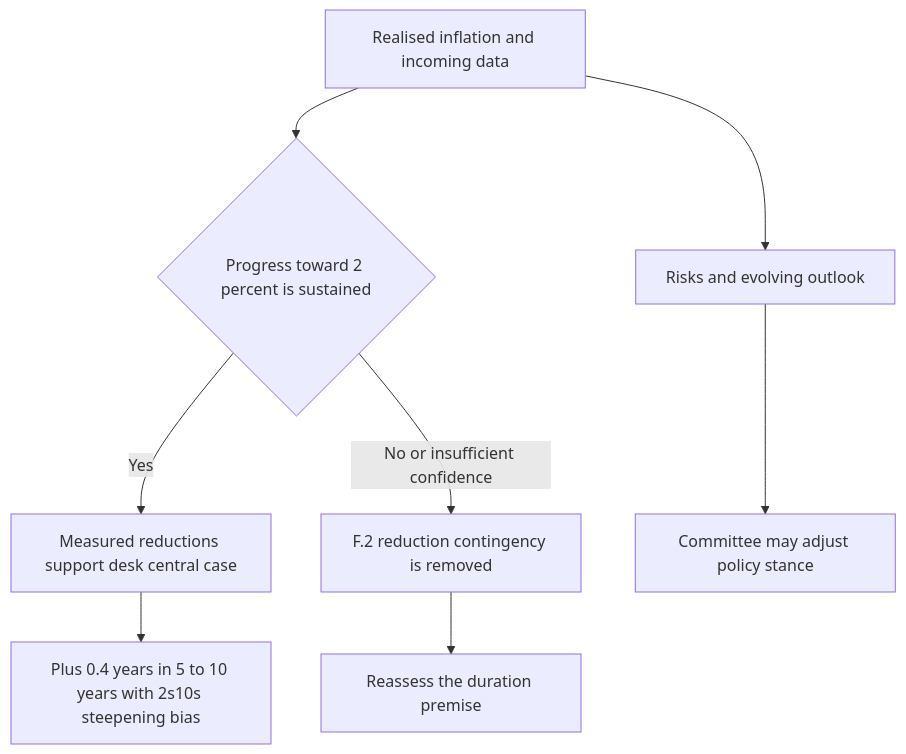
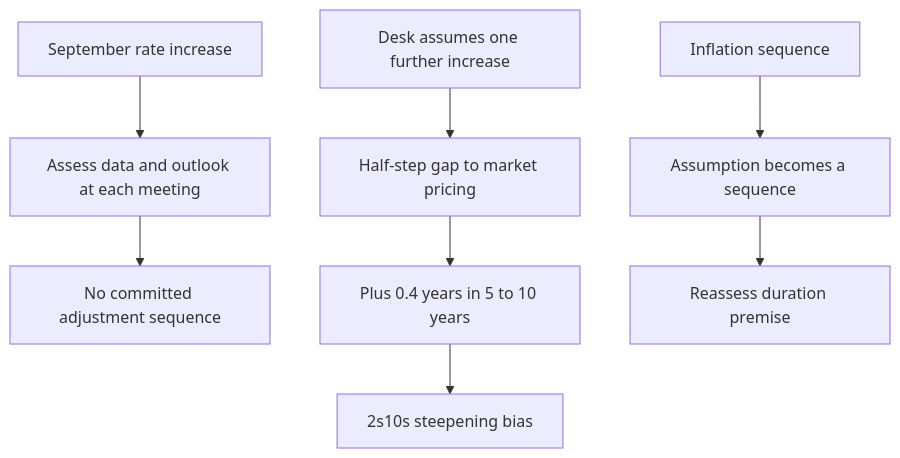
One commit to xuro-langchain/wealth-research-corpus changed the diagram in openwiki/research/fixed-income/duration-and-curve.md. Above: the diagram before and after it, drawn with Mermaid. The commit also changed other lines of this file and 43 other files, not shown here.

````diff
--- a/openwiki/research/fixed-income/duration-and-curve.md
+++ b/openwiki/research/fixed-income/duration-and-curve.md
@@ -31,10 +37,10 @@
 ```mermaid
 flowchart TD
-    Data["Realised inflation and incoming data"] --> Progress{"Progress toward 2 percent is sustained"}
-    Progress -->|"Yes"| Base["Measured reductions support desk central case"]
-    Base --> Position["Plus 0.4 years in 5 to 10 years with 2s10s steepening bias"]
-    Progress -->|"No or insufficient confidence"| Contingency["F.2 reduction contingency is removed"]
-    Contingency --> Risk["Reassess the duration premise"]
-    Data --> Outlook["Risks and evolving outlook"]
-    Outlook --> Adjust["Committee may adjust policy stance"]
+    FedDecision["September rate increase"] --> FedProcess["Assess data and outlook at each meeting"]
+    FedProcess --> NoPath["No committed adjustment sequence"]
+    DeskCase["Desk assumes one further increase"] --> Gap["Half-step gap to market pricing"]
+    Gap --> Trade["Plus 0.4 years in 5 to 10 years"]
+    Trade --> Curve["2s10s steepening bias"]
+    Inflation["Inflation sequence"] --> Hawkish["Assumption becomes a sequence"]
+    Hawkish --> Review["Reassess duration premise"]
 ```
````
